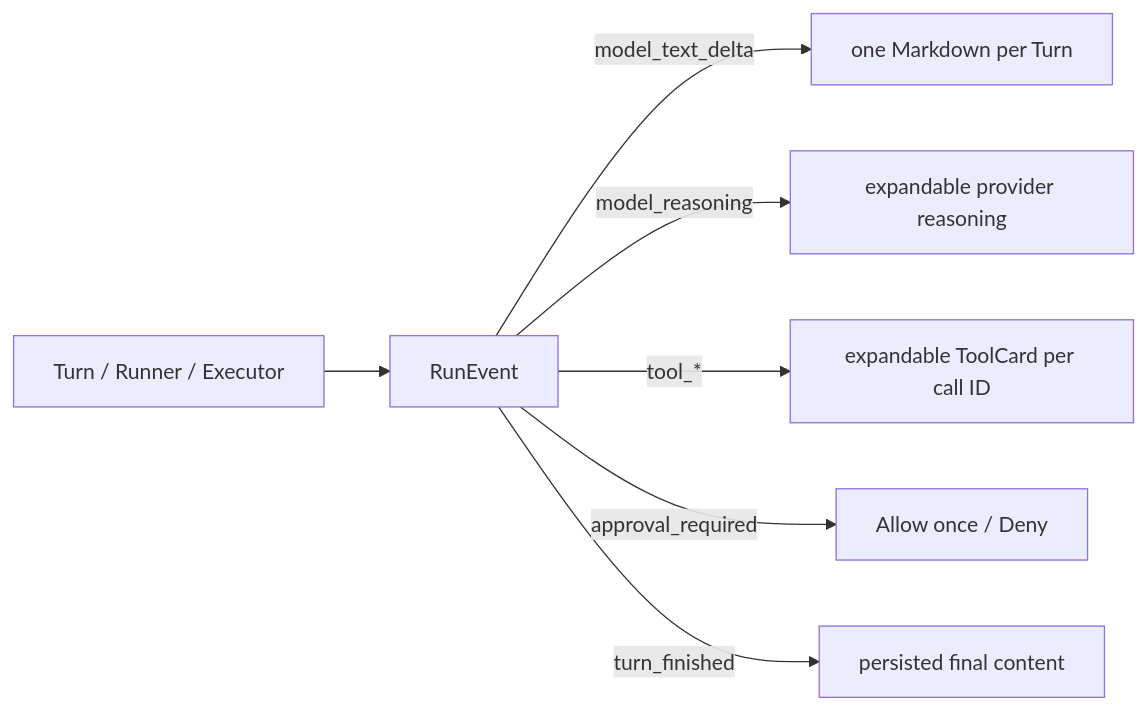
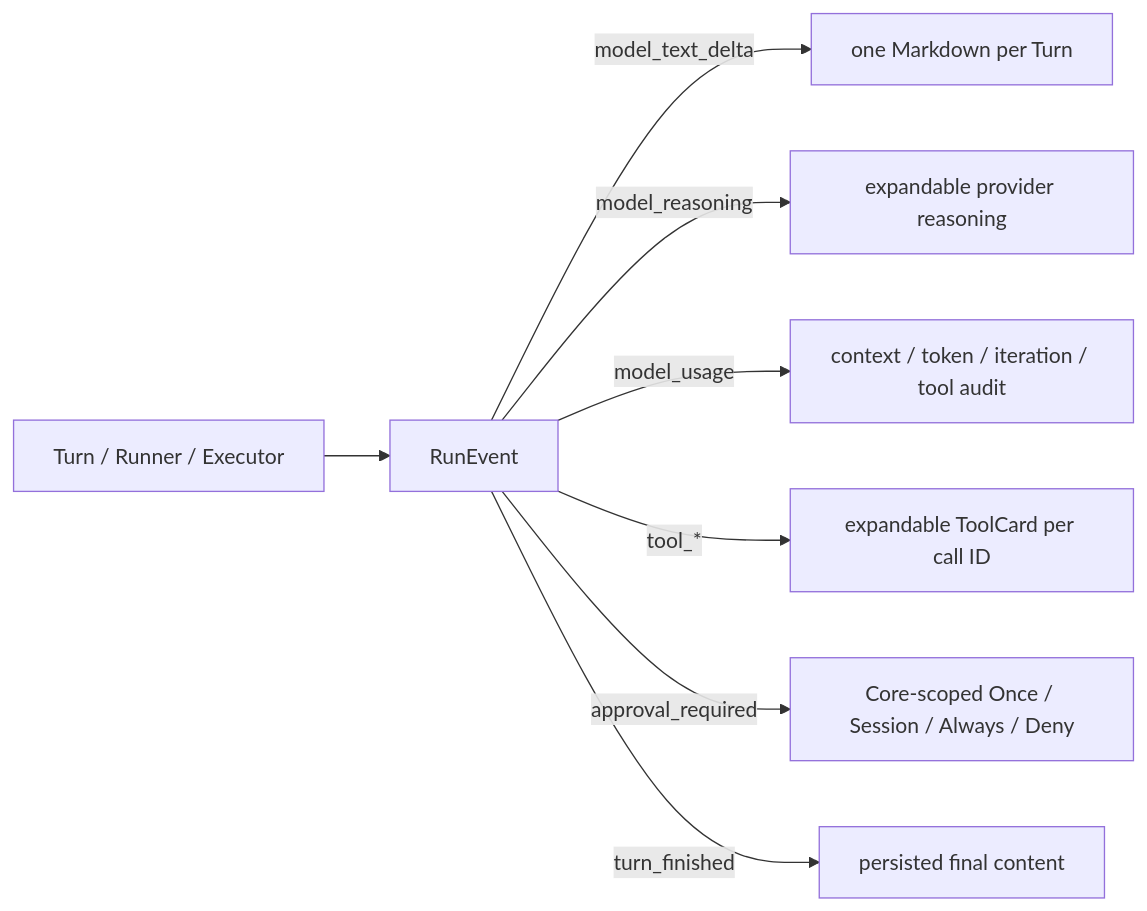
One commit to NEDONION/lobster0 changed the sixth of 9 diagrams in docs/architecture/20260807_系统架构.md. Above: the diagram before and after it, drawn with Mermaid. The commit also changed other lines of this file and 18 other files, not shown here.

````diff
--- a/docs/architecture/20260807_系统架构.md
+++ b/docs/architecture/20260807_系统架构.md
@@ -175,9 +182,10 @@
 ```mermaid
 flowchart LR
     CORE["Turn / Runner / Executor"] --> EVENT["RunEvent"]
     EVENT -->|"model_text_delta"| ASSISTANT["one Markdown per Turn"]
     EVENT -->|"model_reasoning"| REASON["expandable provider reasoning"]
+    EVENT -->|"model_usage"| METRICS["context / token / iteration / tool audit"]
     EVENT -->|"tool_*"| CARD["expandable ToolCard per call ID"]
-    EVENT -->|"approval_required"| MODAL["Allow once / Deny"]
+    EVENT -->|"approval_required"| MODAL["Core-scoped Once / Session / Always / Deny"]
     EVENT -->|"turn_finished"| FINAL["persisted final content"]
 ```
````
